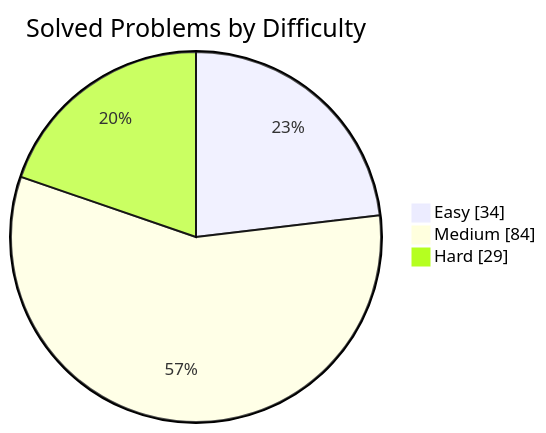
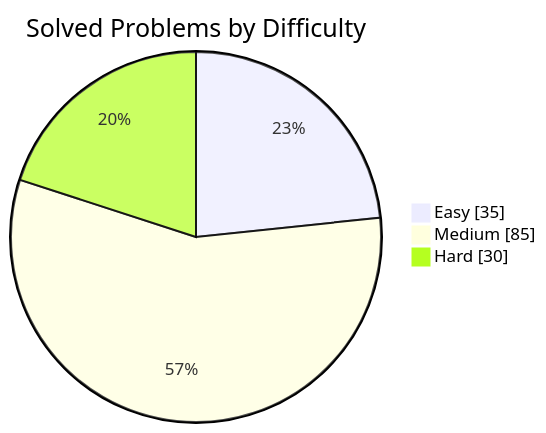
One commit to manikantbindass/DSA-Preparation-FAANG changed the first of 2 diagrams in README.md. Above: the diagram before and after it, drawn with Mermaid. The commit also changed other lines of this file, not shown here.

````diff
--- a/README.md
+++ b/README.md
@@ -38,7 +38,7 @@
 ```mermaid
 pie showData
     title Solved Problems by Difficulty
-    "Easy" : 34
-    "Medium" : 84
-    "Hard" : 29
+    "Easy" : 35
+    "Medium" : 85
+    "Hard" : 30
 ```
````
